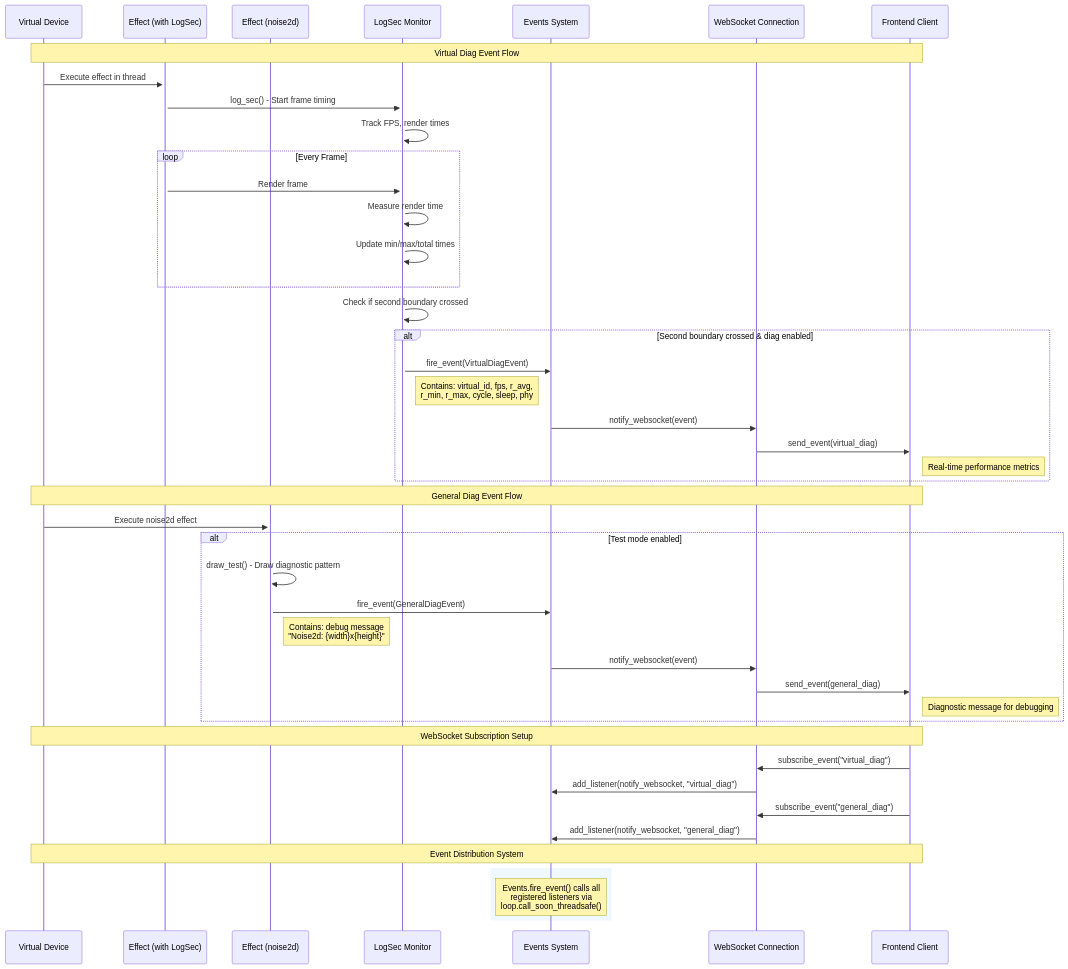
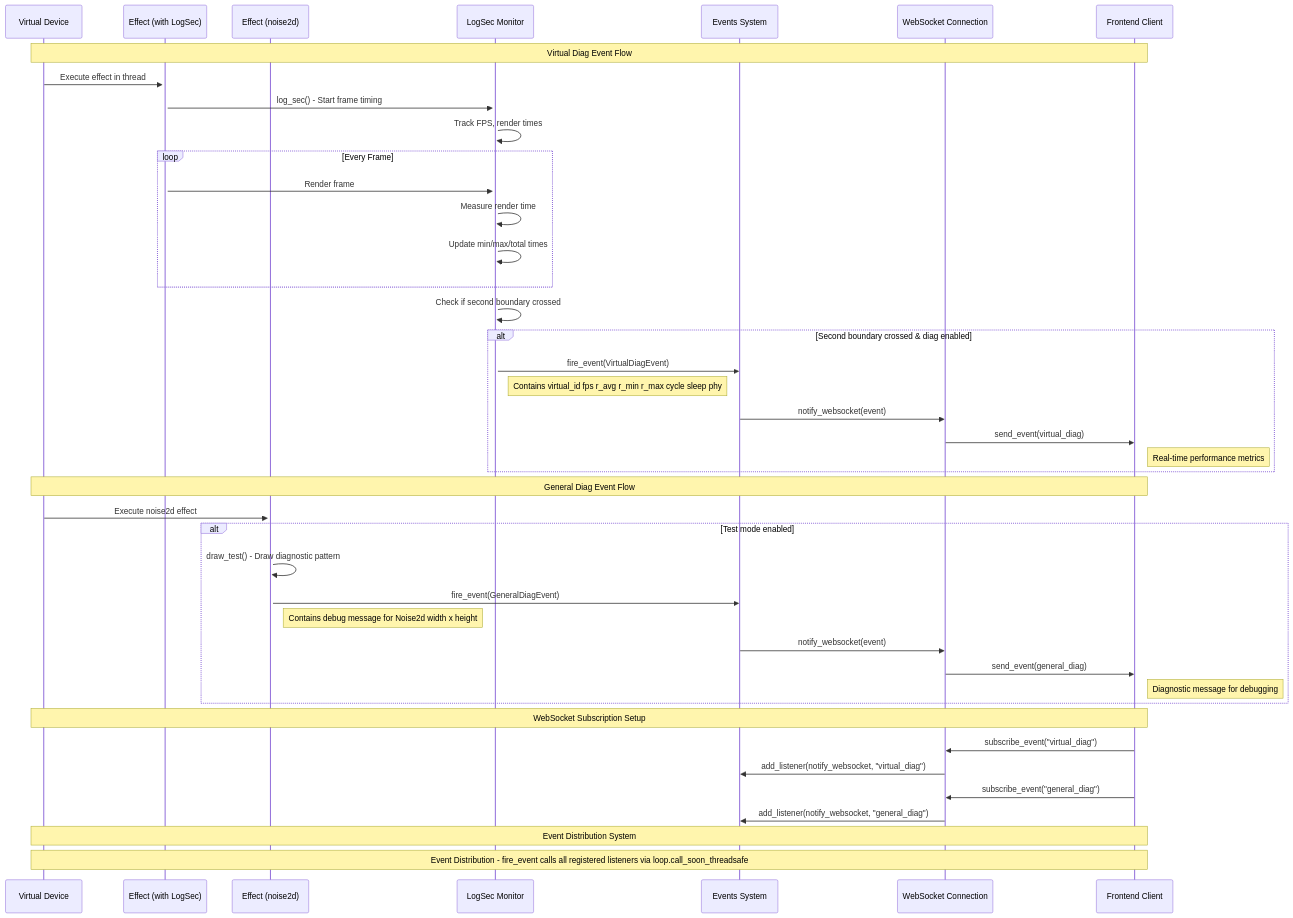
The second of 2 diagrams in docs/apis/websocket.md (LedFx/LedFx), drawn with Mermaid before and after one commit. The commit also changed other lines of this file and 10 other files, not shown here.

````diff
--- a/docs/apis/websocket.md
+++ b/docs/apis/websocket.md
@@ -684,57 +684,55 @@
-```{mermaid}
-  sequenceDiagram
+```mermaid
+sequenceDiagram
     participant V as Virtual Device
     participant E as Effect (with LogSec)
     participant E2 as Effect (noise2d)
     participant LS as LogSec Monitor
     participant ES as Events System
     participant WS as WebSocket Connection
     participant FE as Frontend Client
 
     Note over V,FE: Virtual Diag Event Flow
 
     V->>+E: Execute effect in thread
     E->>+LS: log_sec() - Start frame timing
     LS->>LS: Track FPS, render times
 
     loop Every Frame
         E->>LS: Render frame
         LS->>LS: Measure render time
         LS->>LS: Update min/max/total times
     end
 
     LS->>LS: Check if second boundary crossed
     alt Second boundary crossed & diag enabled
         LS->>ES: fire_event(VirtualDiagEvent)
-        Note right of LS: Contains: virtual_id, fps, r_avg, <br/>r_min, r_max, cycle, sleep, phy
+        Note right of LS: Contains virtual_id fps r_avg r_min r_max cycle sleep phy
         ES->>WS: notify_websocket(event)
         WS->>FE: send_event(virtual_diag)
         Note right of FE: Real-time performance metrics
     end
 
     Note over V,FE: General Diag Event Flow
 
     V->>+E2: Execute noise2d effect
     alt Test mode enabled
         E2->>E2: draw_test() - Draw diagnostic pattern
         E2->>ES: fire_event(GeneralDiagEvent)
-        Note right of E2: Contains: debug message<br/>"Noise2d: {width}x{height}"
+        Note right of E2: Contains debug message for Noise2d width x height
         ES->>WS: notify_websocket(event)
         WS->>FE: send_event(general_diag)
         Note right of FE: Diagnostic message for debugging
     end
 
     Note over V,FE: WebSocket Subscription Setup
 
     FE->>WS: subscribe_event("virtual_diag")
     WS->>ES: add_listener(notify_websocket, "virtual_diag")
 
     FE->>WS: subscribe_event("general_diag")
     WS->>ES: add_listener(notify_websocket, "general_diag")
 
     Note over V,FE: Event Distribution System
 
-    rect rgb(240, 248, 255)
-        Note over ES: Events.fire_event() calls all<br/>registered listeners via<br/>loop.call_soon_threadsafe()
-    end
+    Note over V,FE: Event Distribution - fire_event calls all registered listeners via loop.call_soon_threadsafe
 ```
````
